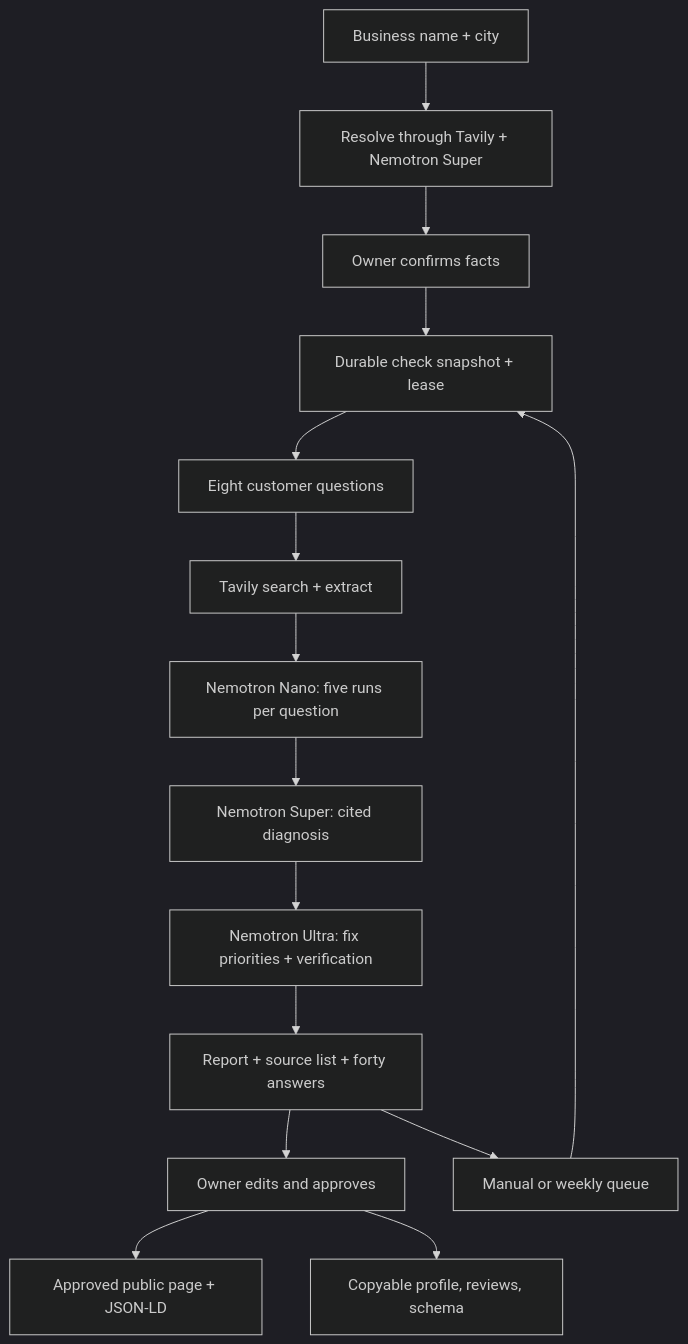
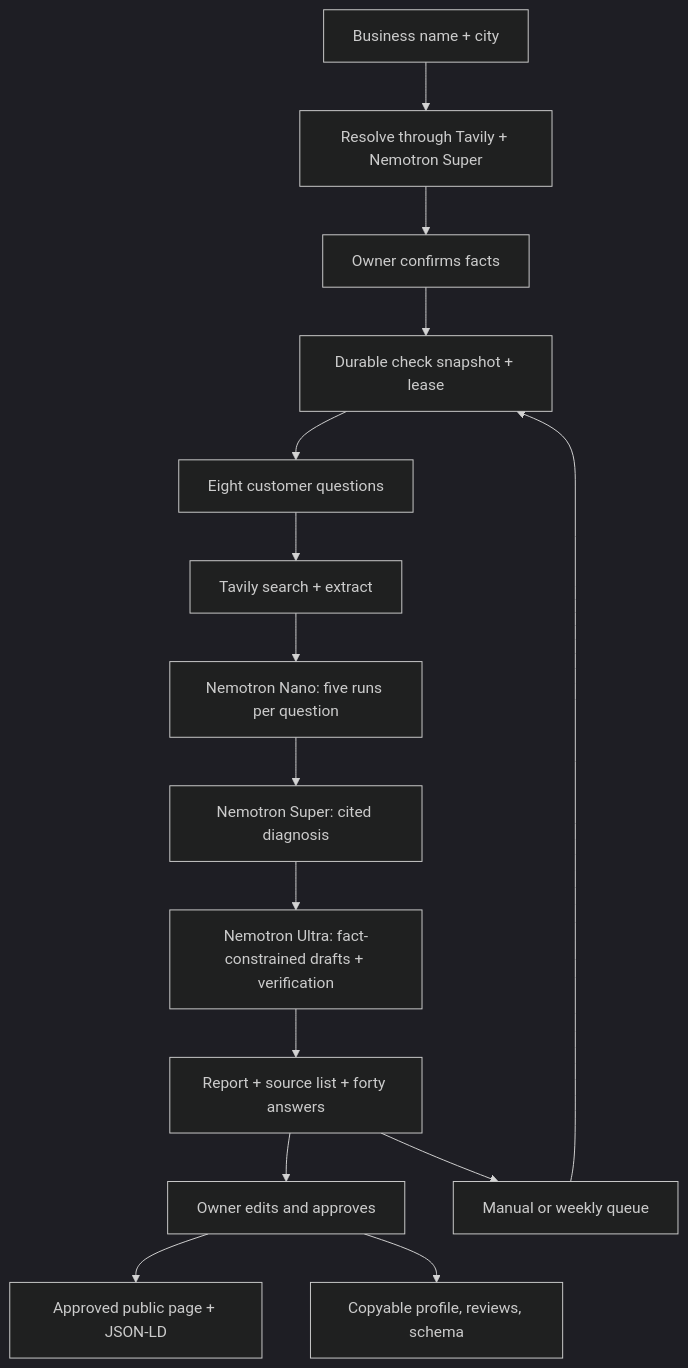
One commit to omkarmalji/cited changed the diagram in docs/ARCHITECTURE.md. Above: the diagram before and after it, drawn with Mermaid (dark theme). The commit also changed other lines of this file and 39 other files, not shown here.

````diff
--- a/docs/ARCHITECTURE.md
+++ b/docs/ARCHITECTURE.md
@@ -3,17 +3,17 @@
 ```mermaid
 flowchart TD
   Landing[Business name + city] --> Resolve[Resolve through Tavily + Nemotron Super]
   Resolve --> Confirm[Owner confirms facts]
   Confirm --> Queue[Durable check snapshot + lease]
   Queue --> Questions[Eight customer questions]
   Questions --> Search[Tavily search + extract]
   Search --> Runs[Nemotron Nano: five runs per question]
   Runs --> Diagnose[Nemotron Super: cited diagnosis]
-  Diagnose --> Writer[Nemotron Ultra: fix priorities + verification]
+  Diagnose --> Writer[Nemotron Ultra: fact-constrained drafts + verification]
   Writer --> Report[Report + source list + forty answers]
   Report --> Edit[Owner edits and approves]
   Edit --> Page[Approved public page + JSON-LD]
   Edit --> Copy[Copyable profile, reviews, schema]
   Report --> Recheck[Manual or weekly queue]
   Recheck --> Queue
 ```
````
